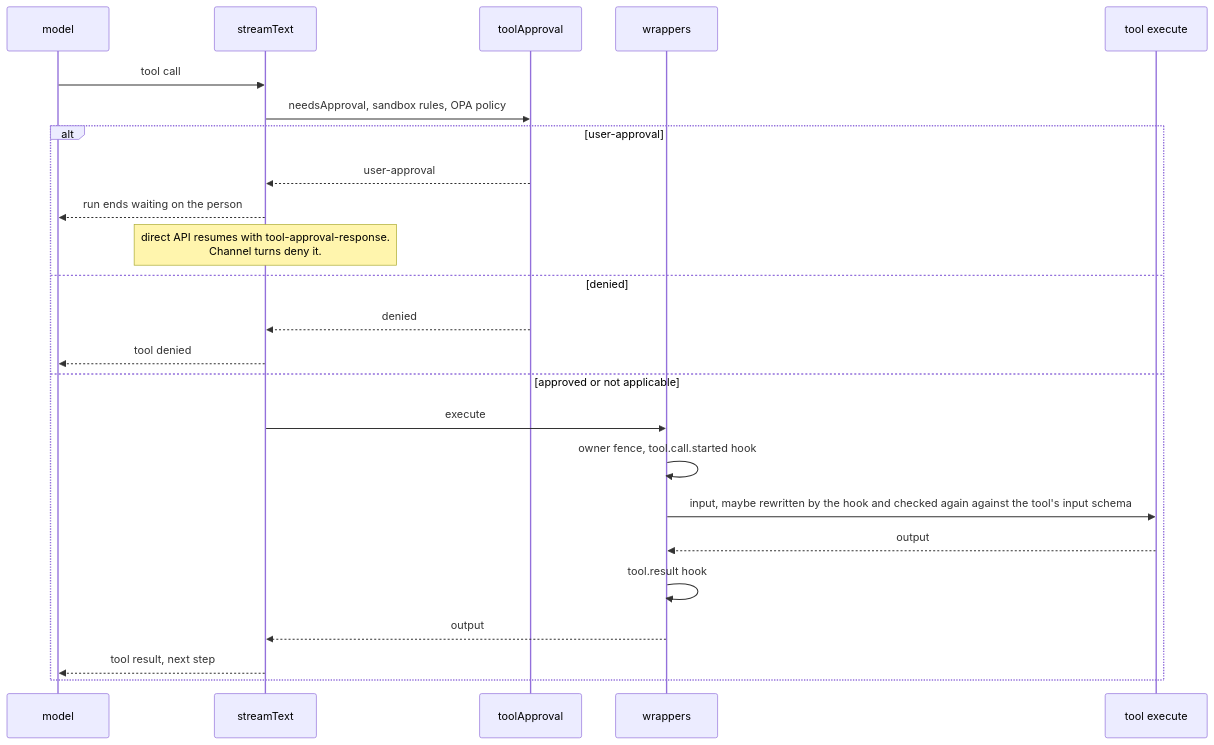
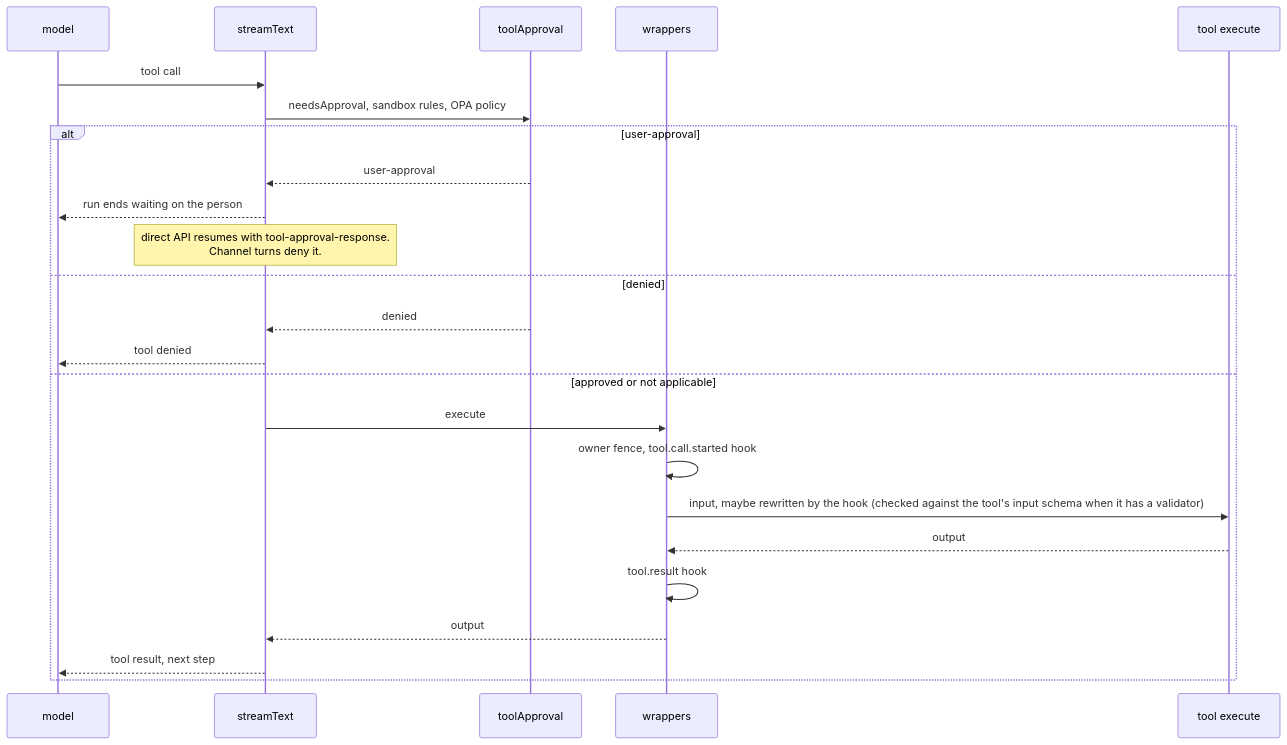
One commit to beeblastco/broods changed the second of 9 diagrams in apps/docs/docs/internals/tools-and-mcp.md. Above: the diagram before and after it, drawn with Mermaid. The commit also changed 5 other files, not shown here.

````diff
--- a/apps/docs/docs/internals/tools-and-mcp.md
+++ b/apps/docs/docs/internals/tools-and-mcp.md
@@ -59,27 +59,27 @@
 ```mermaid
 sequenceDiagram
   participant M as model
   participant ST as streamText
   participant AP as toolApproval
   participant W as wrappers
   participant T as tool execute
 
   M->>ST: tool call
   ST->>AP: needsApproval, sandbox rules, OPA policy
   alt user-approval
     AP-->>ST: user-approval
     ST-->>M: run ends waiting on the person
     Note over ST: direct API resumes with tool-approval-response.<br/>Channel turns deny it.
   else denied
     AP-->>ST: denied
     ST-->>M: tool denied
   else approved or not applicable
     ST->>W: execute
     W->>W: owner fence, tool.call.started hook
-    W->>T: input, maybe rewritten by the hook and checked again against the tool's input schema
+    W->>T: input, maybe rewritten by the hook (checked against the tool's input schema when it has a validator)
     T-->>W: output
     W->>W: tool.result hook
     W-->>ST: output
     ST-->>M: tool result, next step
   end
 ```
````
